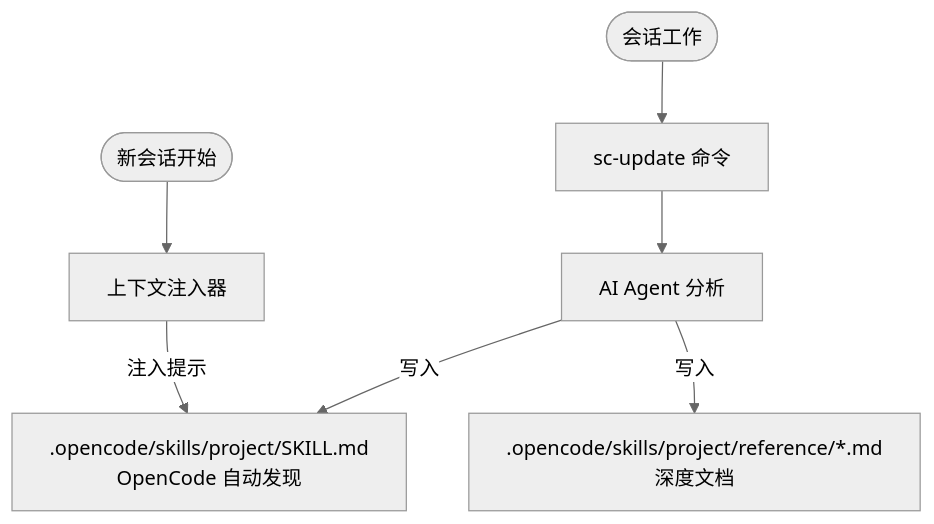
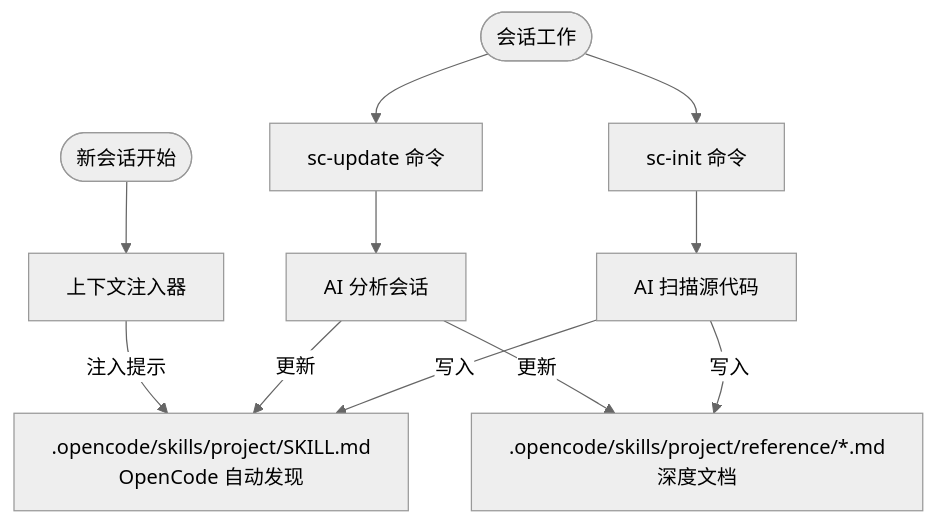
Before and after one commit to cxOrz/smart-codebase: the diagram in README.zh-cn.md, drawn with Mermaid (neutral theme). The commit also changed other lines of this file and 1 other file, not shown here.

Commit message:
docs: add sc-init command to README

````diff
--- a/README.zh-cn.md
+++ b/README.zh-cn.md
@@ -23,18 +23,24 @@
 ```mermaid
 graph TB
     Start([会话工作])
+    Init[sc-init 命令]
     Update[sc-update 命令]
-    Agent[AI Agent 分析]
+    InitAgent[AI 扫描源代码]
+    UpdateAgent[AI 分析会话]
     SkillFile[.opencode/skills/project/SKILL.md<br/>OpenCode 自动发现]
     RefFiles[.opencode/skills/project/reference/*.md<br/>深度文档]
     NewSession([新会话开始])
     Injector[上下文注入器]
     
+    Start --> Init
     Start --> Update
-    Update --> Agent
-    Agent -->|写入| SkillFile
-    Agent -->|写入| RefFiles
+    Init --> InitAgent
+    Update --> UpdateAgent
+    InitAgent -->|写入| SkillFile
+    InitAgent -->|写入| RefFiles
+    UpdateAgent -->|更新| SkillFile
+    UpdateAgent -->|更新| RefFiles
     
     NewSession --> Injector
     Injector -->|注入提示| SkillFile
 ```
````
